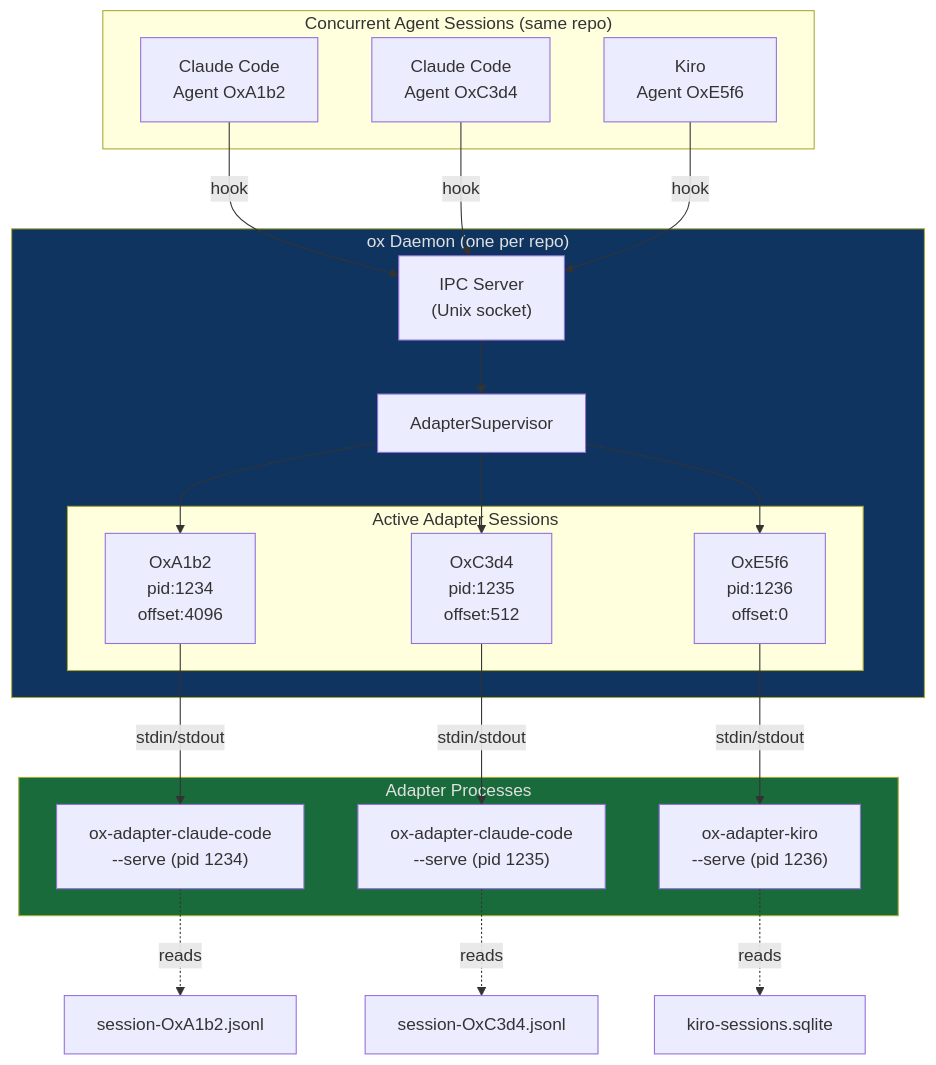
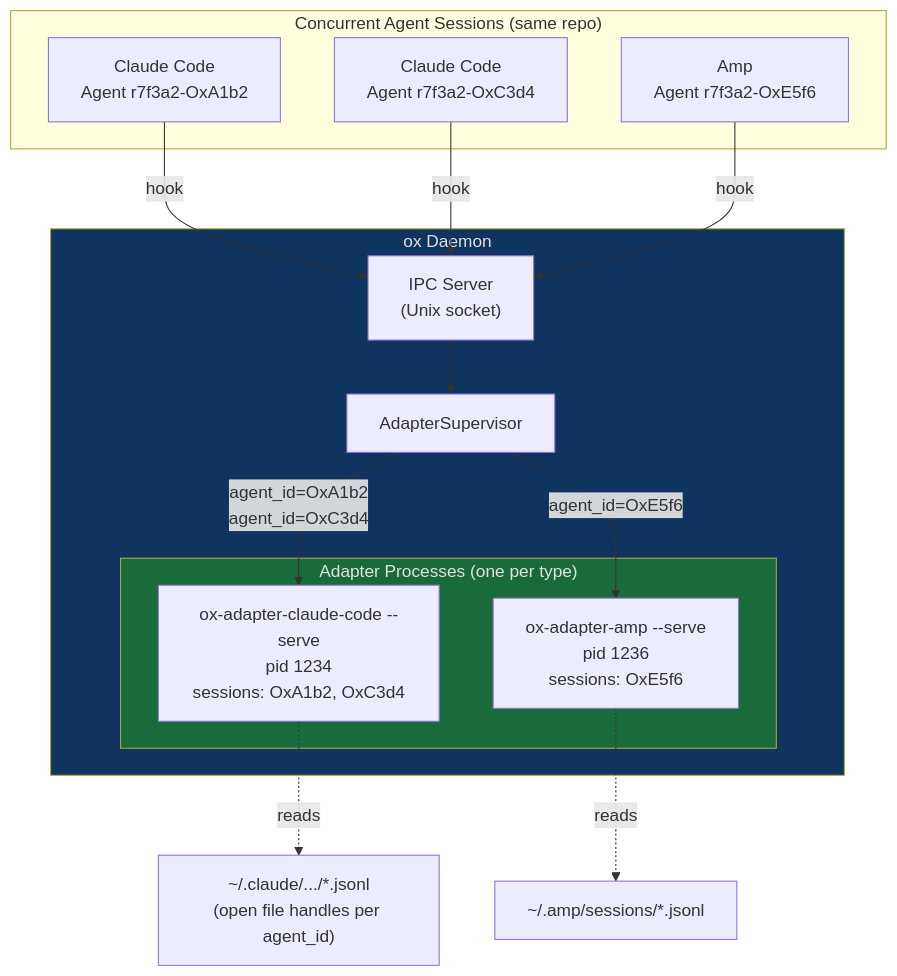
Diagram 11 of 12 in adapter/DIAGRAMS.md (sageox/ox), drawn with Mermaid before and after one commit. The commit also changed other lines of this file and 22 other files, not shown here.

````diff
--- a/adapter/DIAGRAMS.md
+++ b/adapter/DIAGRAMS.md
@@ -422,45 +423,32 @@
 ```mermaid
 graph TB
     subgraph agents["Concurrent Agent Sessions (same repo)"]
-        CC1["Claude Code<br/>Agent OxA1b2"]
-        CC2["Claude Code<br/>Agent OxC3d4"]
-        Kiro["Kiro<br/>Agent OxE5f6"]
+        CC1["Claude Code<br/>Agent r7f3a2-OxA1b2"]
+        CC2["Claude Code<br/>Agent r7f3a2-OxC3d4"]
+        AM1["Amp<br/>Agent r7f3a2-OxE5f6"]
     end
 
-    subgraph daemon["ox Daemon (one per repo)"]
+    subgraph daemon["ox Daemon"]
         IPC["IPC Server<br/>(Unix socket)"]
         AS["AdapterSupervisor"]
 
-        subgraph sessions["Active Adapter Sessions"]
-            S1["OxA1b2<br/>pid:1234<br/>offset:4096"]
-            S2["OxC3d4<br/>pid:1235<br/>offset:512"]
-            S3["OxE5f6<br/>pid:1236<br/>offset:0"]
+        subgraph procs["Adapter Processes (one per type)"]
+            P1["ox-adapter-claude-code --serve<br/>pid 1234<br/>sessions: OxA1b2, OxC3d4"]
+            P2["ox-adapter-amp --serve<br/>pid 1236<br/>sessions: OxE5f6"]
         end
-    end
-
-    subgraph processes["Adapter Processes"]
-        P1["ox-adapter-claude-code<br/>--serve (pid 1234)"]
-        P2["ox-adapter-claude-code<br/>--serve (pid 1235)"]
-        P3["ox-adapter-kiro<br/>--serve (pid 1236)"]
     end
 
     CC1 -->|hook| IPC
     CC2 -->|hook| IPC
-    Kiro -->|hook| IPC
+    AM1 -->|hook| IPC
 
     IPC --> AS
-    AS --> S1
-    AS --> S2
-    AS --> S3
+    AS -->|"agent_id=OxA1b2<br/>agent_id=OxC3d4"| P1
+    AS -->|"agent_id=OxE5f6"| P2
 
-    S1 -->|stdin/stdout| P1
-    S2 -->|stdin/stdout| P2
-    S3 -->|stdin/stdout| P3
-
-    P1 -.->|reads| F1["session-OxA1b2.jsonl"]
-    P2 -.->|reads| F2["session-OxC3d4.jsonl"]
-    P3 -.->|reads| F3["kiro-sessions.sqlite"]
+    P1 -.->|reads| F1["~/.claude/.../*.jsonl<br/>(open file handles per agent_id)"]
+    P2 -.->|reads| F2["~/.amp/sessions/*.jsonl"]
 
     style daemon fill:#0f3460,color:#e0e0e0
-    style processes fill:#1a6b3c,color:#e0e0e0
+    style procs fill:#1a6b3c,color:#e0e0e0
 ```
````
